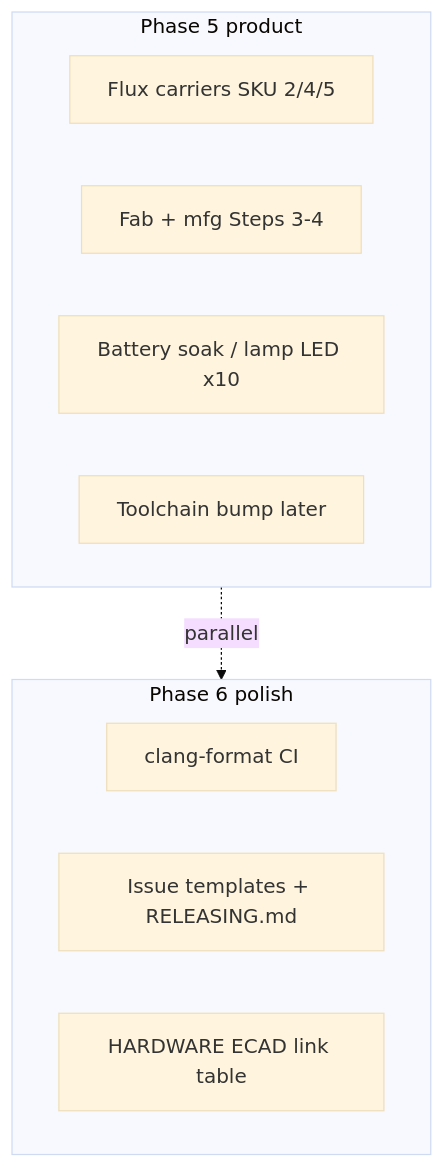
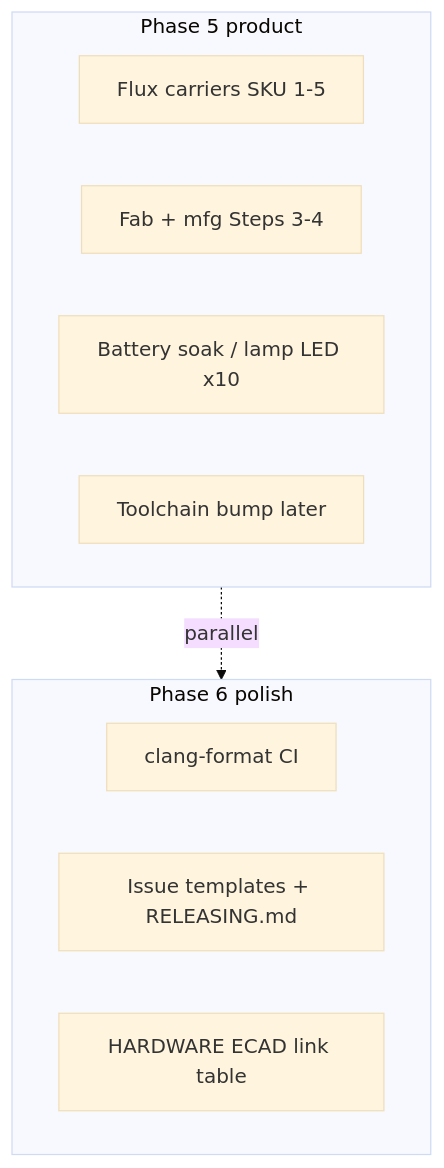
One commit to CosmosKiller/comsosFivePieceBasis changed the first of 2 diagrams in docs/POLISH_PLAN.md. Above: the diagram before and after it, drawn with Mermaid (base theme). The commit also changed other lines of this file and 5 other files, not shown here.

````diff
--- a/docs/POLISH_PLAN.md
+++ b/docs/POLISH_PLAN.md
@@ -216,15 +216,15 @@
 ```mermaid
 flowchart TB
   subgraph phase5 [Phase 5 product]
-    Flux[Flux carriers SKU 2/4/5]
+    Flux[Flux carriers SKU 1-5]
     Fab[Fab + mfg Steps 3-4]
     Soak[Battery soak / lamp LED x10]
     Tool[Toolchain bump later]
   end
   subgraph phase6 [Phase 6 polish]
     Fmt[clang-format CI]
     Issues[Issue templates + RELEASING.md]
     Ecad[HARDWARE ECAD link table]
   end
   phase5 -.->|parallel| phase6
 ```
````
